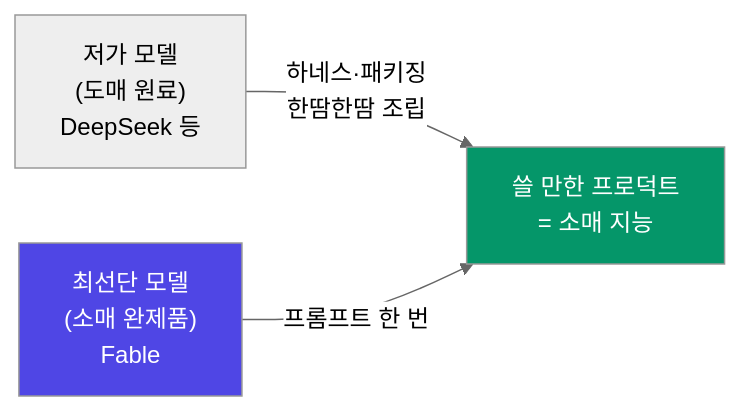
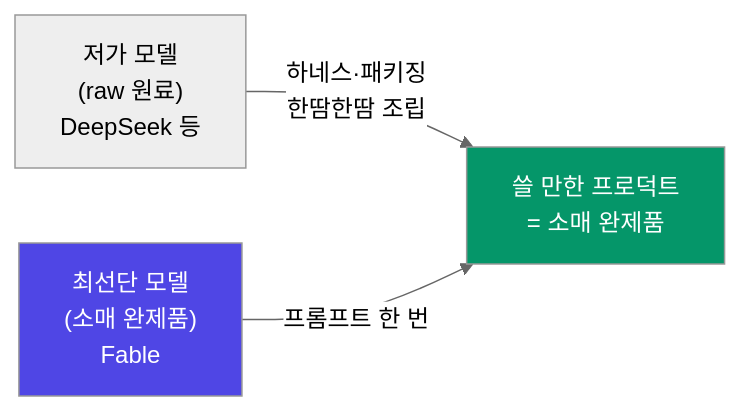
Before and after one commit to thishw/hw_insight: the third of 3 diagrams in content/posts/2026-07-07-fable-intelligence-retail-era.md, drawn with Mermaid (neutral theme). The commit also changed other lines of this file, not shown here.

First line of the commit message:
content(post): Fable 5 글 톤 조정 — 첫 사례 '사람들이 겪은 일'로, 도매/소매를 '발전(raw→packaged)' 프레임으로

````diff
--- a/content/posts/2026-07-07-fable-intelligence-retail-era.md
+++ b/content/posts/2026-07-07-fable-intelligence-retail-era.md
@@ -115,7 +116,7 @@
 ```mermaid
 flowchart LR
-    W["저가 모델<br/>(도매 원료)<br/>DeepSeek 등"] -->|"하네스·패키징<br/>한땀한땀 조립"| P["쓸 만한 프로덕트<br/>= 소매 지능"]
+    W["저가 모델<br/>(raw 원료)<br/>DeepSeek 등"] -->|"하네스·패키징<br/>한땀한땀 조립"| P["쓸 만한 프로덕트<br/>= 소매 완제품"]
     F["최선단 모델<br/>(소매 완제품)<br/>Fable"] -->|"프롬프트 한 번"| P
     style F fill:#4F46E5,color:#fff
     style P fill:#059669,color:#fff
 ```
````
